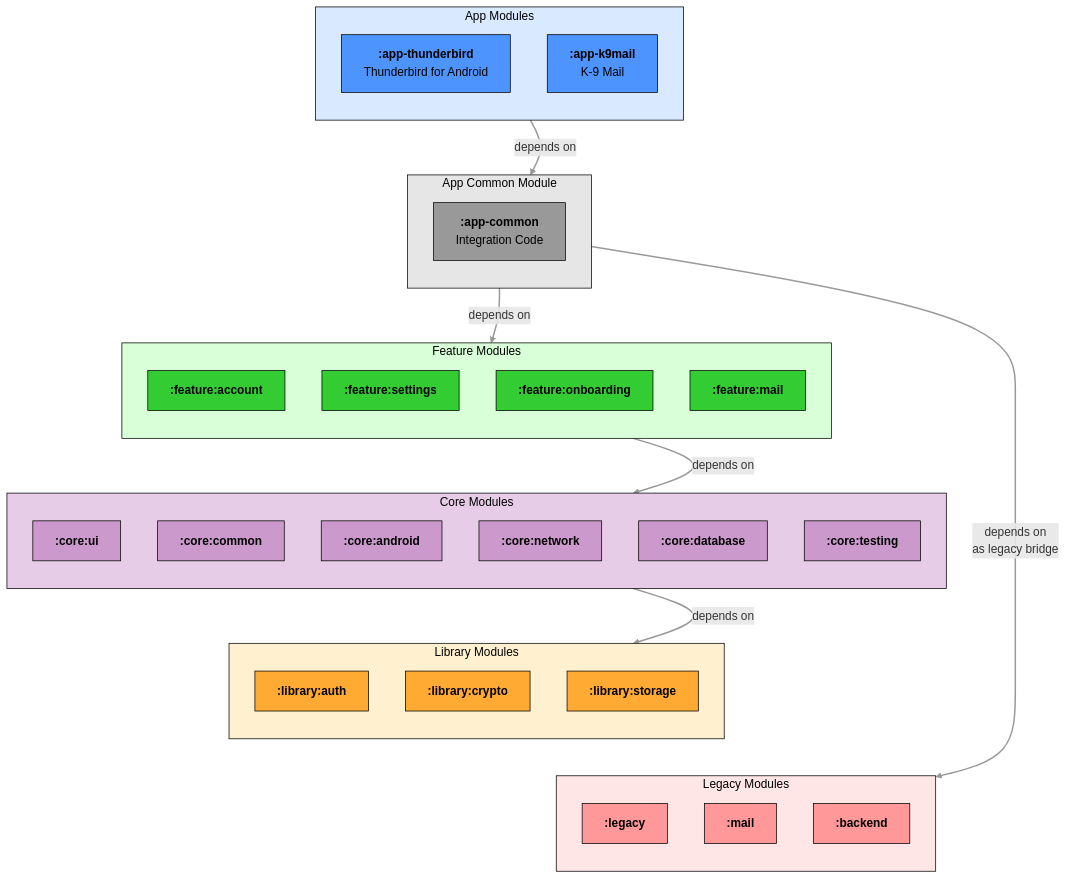
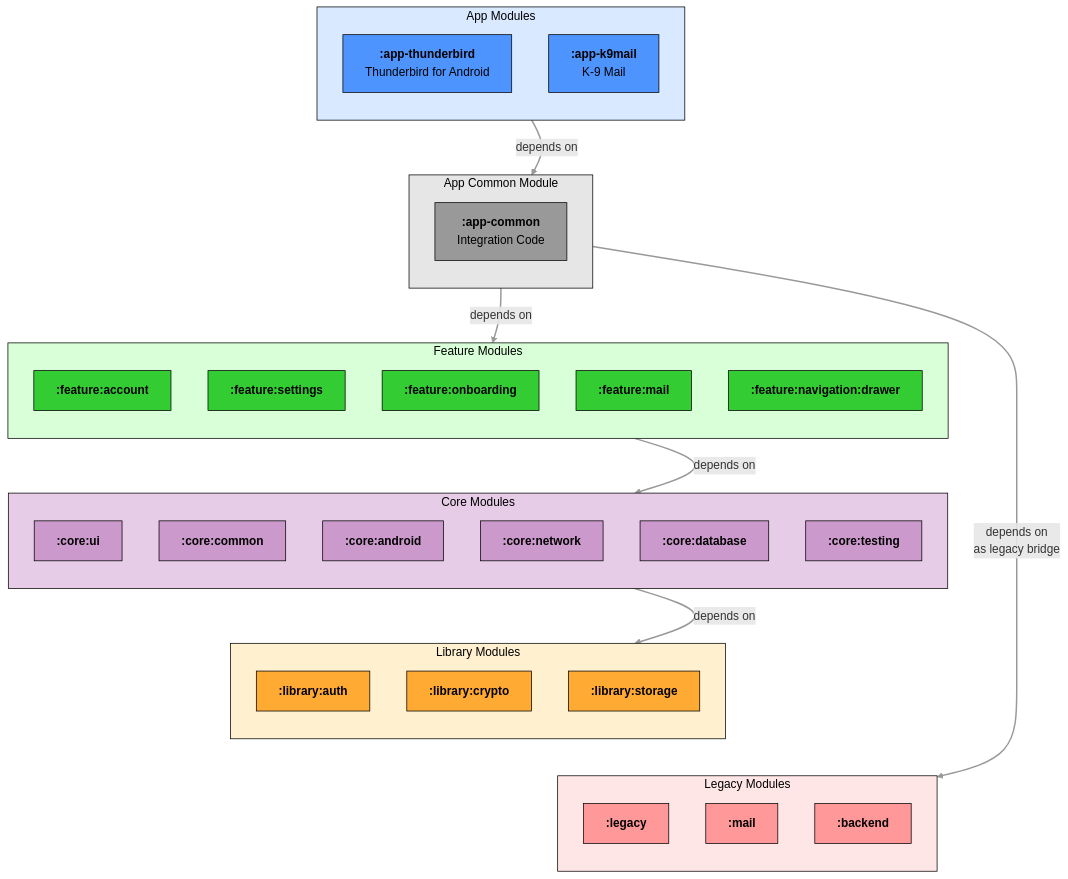
One commit to thunderbird/thunderbird-android changed the first of 2 diagrams in docs/architecture/module-organization.md. Above: the diagram before and after it, drawn with Mermaid. The commit also changed 2 other files, not shown here.

Commit message:
docs: update navigation documentation
# Conflicts:
#	docs/architecture/feature-modules.md

```diff
--- a/docs/architecture/module-organization.md
+++ b/docs/architecture/module-organization.md
@@ -30,6 +30,7 @@
         FEATURE_SETTINGS["`**:feature:settings**`"]
         FEATURE_ONBOARDING["`**:feature:onboarding**`"]
         FEATURE_MAIL["`**:feature:mail**`"]
+        FEATURE_NAV_DRAWER["`**:feature:navigation:drawer**`"]
     end
 
     subgraph CORE[Core Modules]
@@ -89,7 +90,7 @@
     class COMMON common
     class COMMON_APP common_module
     class FEATURE feature
-    class FEATURE_ACCOUNT,FEATURE_SETTINGS,FEATURE_ONBOARDING,FEATURE_MAIL feature_module
+    class FEATURE_ACCOUNT,FEATURE_SETTINGS,FEATURE_ONBOARDING,FEATURE_MAIL,FEATURE_NAV_DRAWER feature_module
     class CORE core
     class CORE_UI,CORE_COMMON,CORE_ANDROID,CORE_DATABASE,CORE_NETWORK,CORE_TESTING core_module
     class LIBRARY library
```
